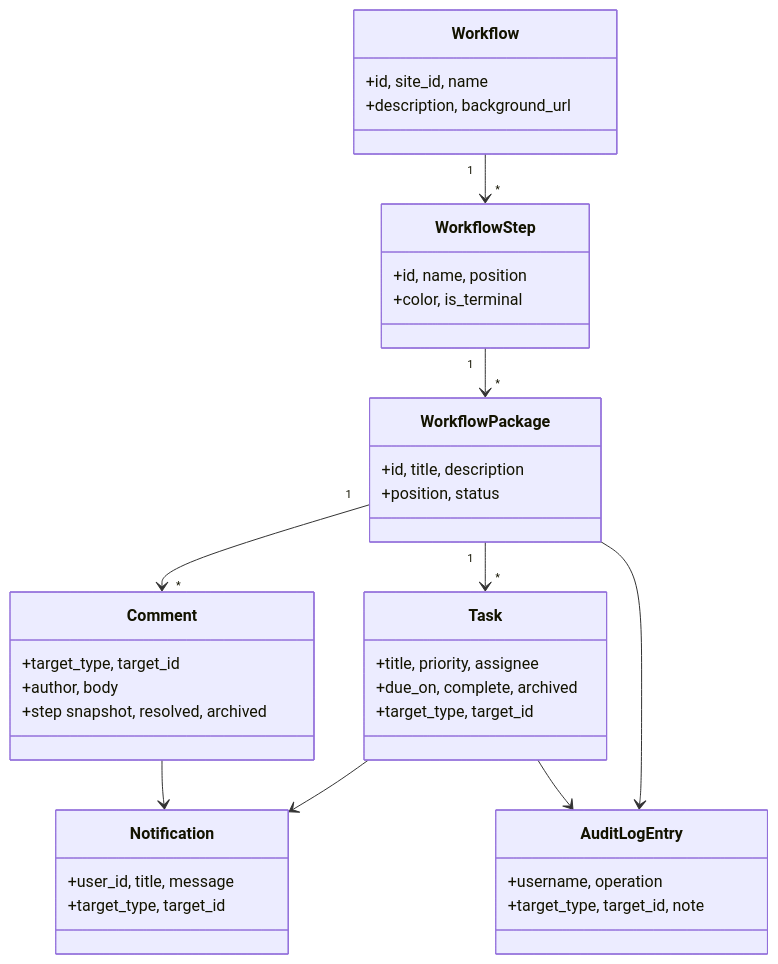
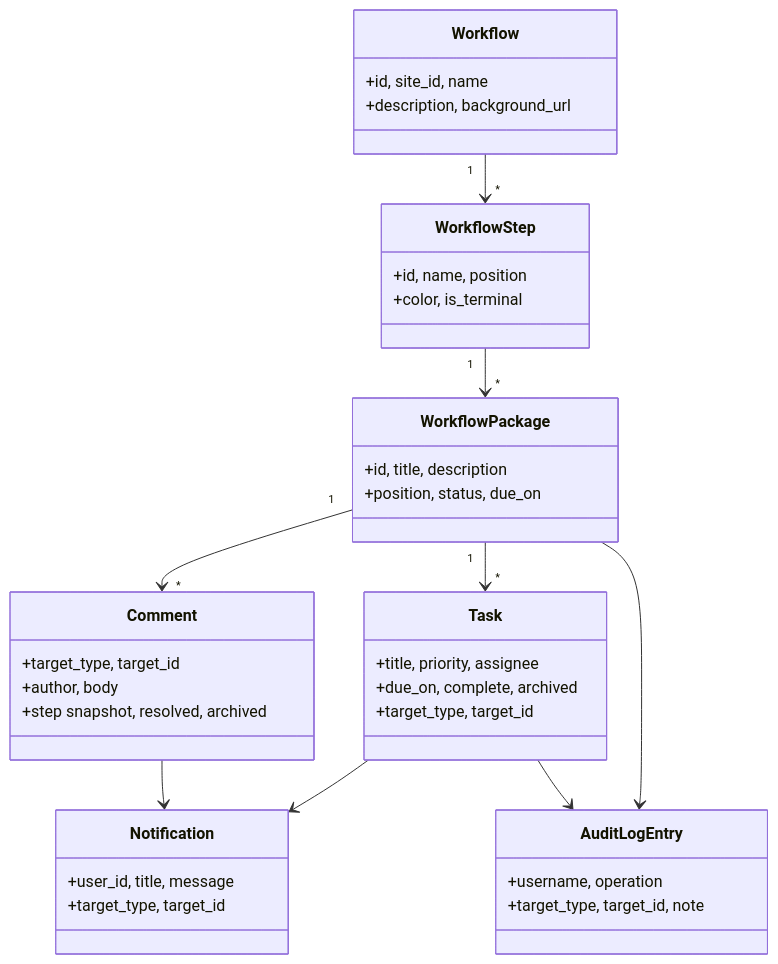
Before and after one commit to russdanner/plugin-studio-workflow: the diagram in docs/FUNCTIONAL_SPEC.md, drawn with Mermaid. The commit also changed other lines of this file and 58 other files, not shown here.

````diff
--- a/docs/FUNCTIONAL_SPEC.md
+++ b/docs/FUNCTIONAL_SPEC.md
@@ -34,41 +34,41 @@
 ```mermaid
 classDiagram
     class Workflow {
         +id, site_id, name
         +description, background_url
     }
     class WorkflowStep {
         +id, name, position
         +color, is_terminal
     }
     class WorkflowPackage {
         +id, title, description
-        +position, status
+        +position, status, due_on
     }
     class Comment {
         +target_type, target_id
         +author, body
         +step snapshot, resolved, archived
     }
     class Task {
         +title, priority, assignee
         +due_on, complete, archived
         +target_type, target_id
     }
     class Notification {
         +user_id, title, message
         +target_type, target_id
     }
     class AuditLogEntry {
         +username, operation
         +target_type, target_id, note
     }
     Workflow "1" --> "*" WorkflowStep
     WorkflowStep "1" --> "*" WorkflowPackage
     WorkflowPackage "1" --> "*" Comment
     WorkflowPackage "1" --> "*" Task
     Task --> Notification
     Comment --> Notification
     Task --> AuditLogEntry
     WorkflowPackage --> AuditLogEntry
 ```
````
